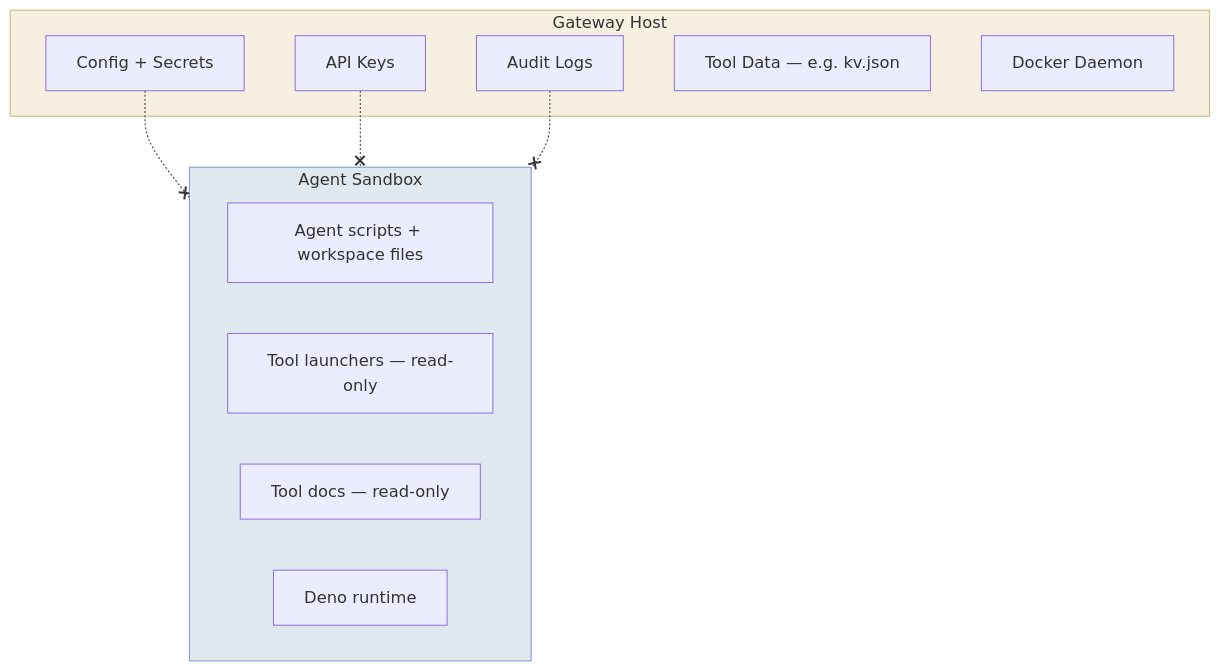
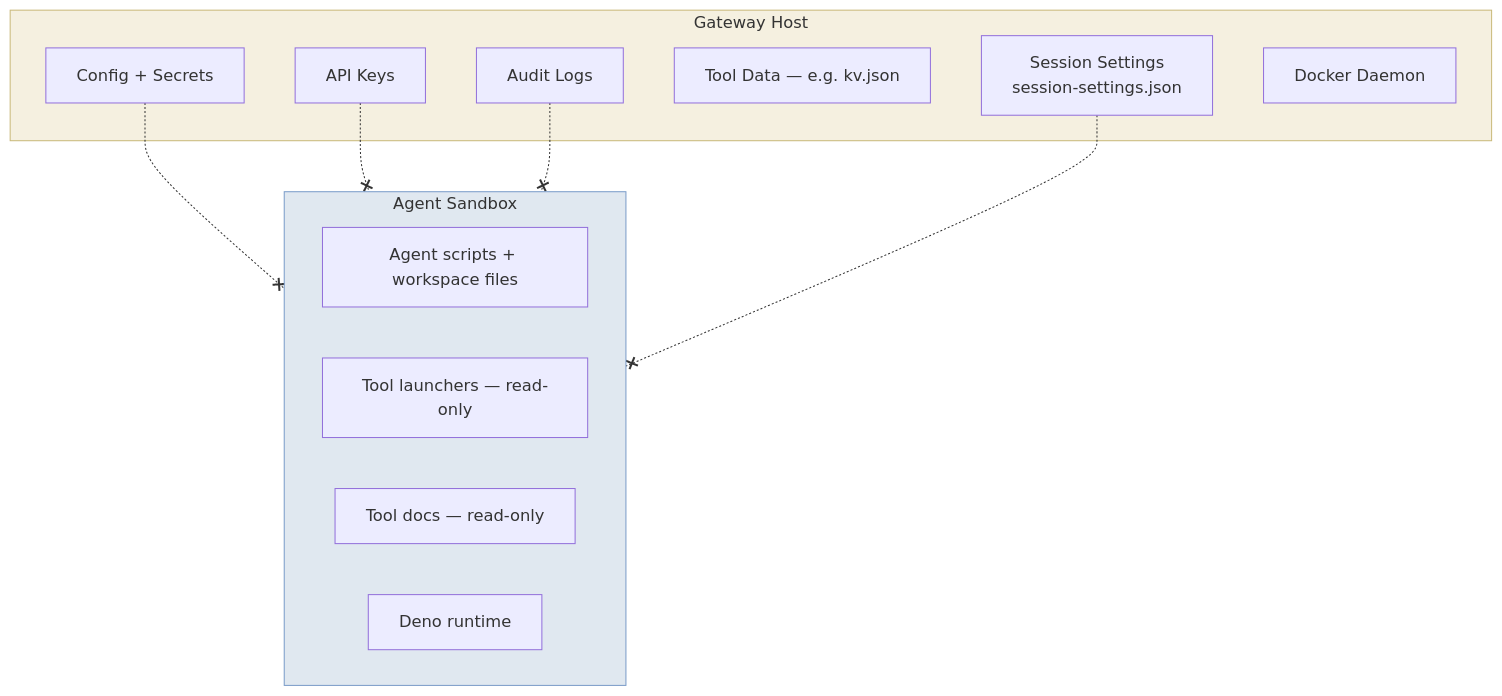
Before and after one commit to matthias-hausberger/beige: the fourth of 7 diagrams in docs/system-overview.md, drawn with Mermaid. The commit also changed other lines of this file and 13 other files, not shown here.

````diff
--- a/docs/system-overview.md
+++ b/docs/system-overview.md
@@ -126,24 +126,26 @@
 ```mermaid
 graph TB
     subgraph Host["Gateway Host"]
         CONF[Config + Secrets]
         LOGS[Audit Logs]
         KEYS[API Keys]
         KV_DATA[Tool Data — e.g. kv.json]
+        SESSION_SETTINGS[Session Settings<br/>session-settings.json]
         DOCKER[Docker Daemon]
     end
 
     subgraph Sandbox["Agent Sandbox"]
         CODE[Agent scripts + workspace files]
         TOOLS[Tool launchers — read-only]
         DOCS[Tool docs — read-only]
         DENO[Deno runtime]
     end
 
     CONF -.-x Sandbox
     KEYS -.-x Sandbox
     LOGS -.-x Sandbox
+    SESSION_SETTINGS -.-x Sandbox
 
     style Host fill:#f5f0e0,stroke:#c9b97a
     style Sandbox fill:#e0e8f0,stroke:#7a9cc9
 ```
````
